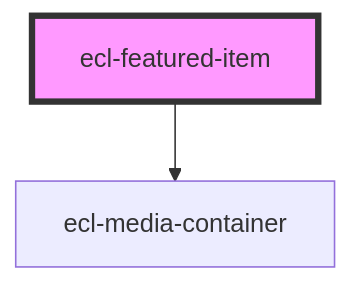
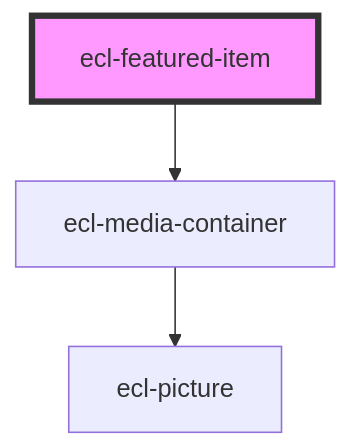
The diagram in src/components/ecl-featured-item/readme.md (ec-europa/ecl-webcomponents), drawn with Mermaid before and after one commit. The commit also changed 77 other files, not shown here.

````diff
--- a/src/components/ecl-featured-item/readme.md
+++ b/src/components/ecl-featured-item/readme.md
@@ -30,5 +30,6 @@
 ```mermaid
 graph TD;
   ecl-featured-item --> ecl-media-container
+  ecl-media-container --> ecl-picture
   style ecl-featured-item fill:#f9f,stroke:#333,stroke-width:4px
 ```
````
